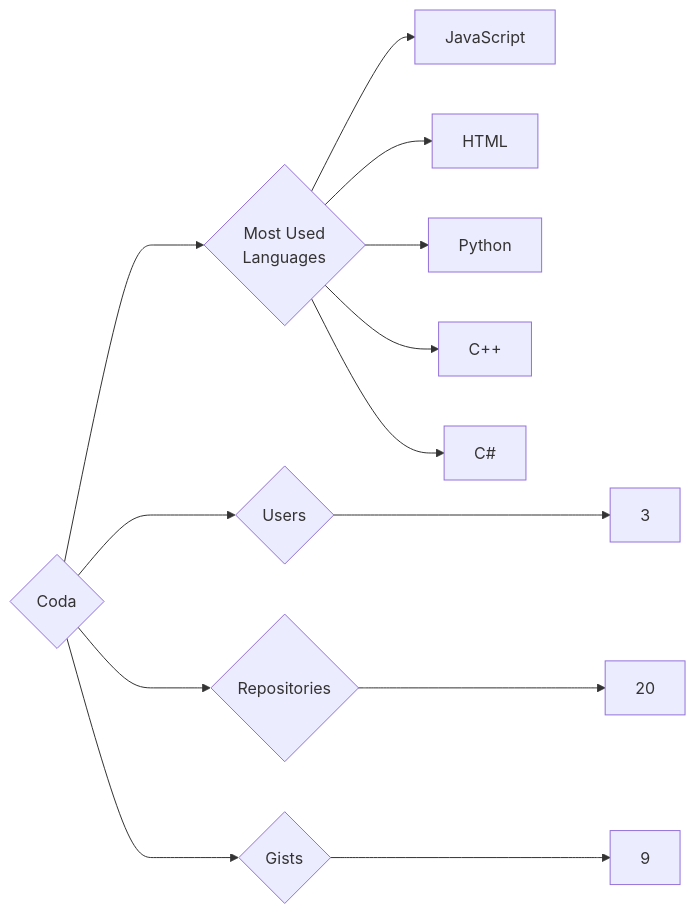
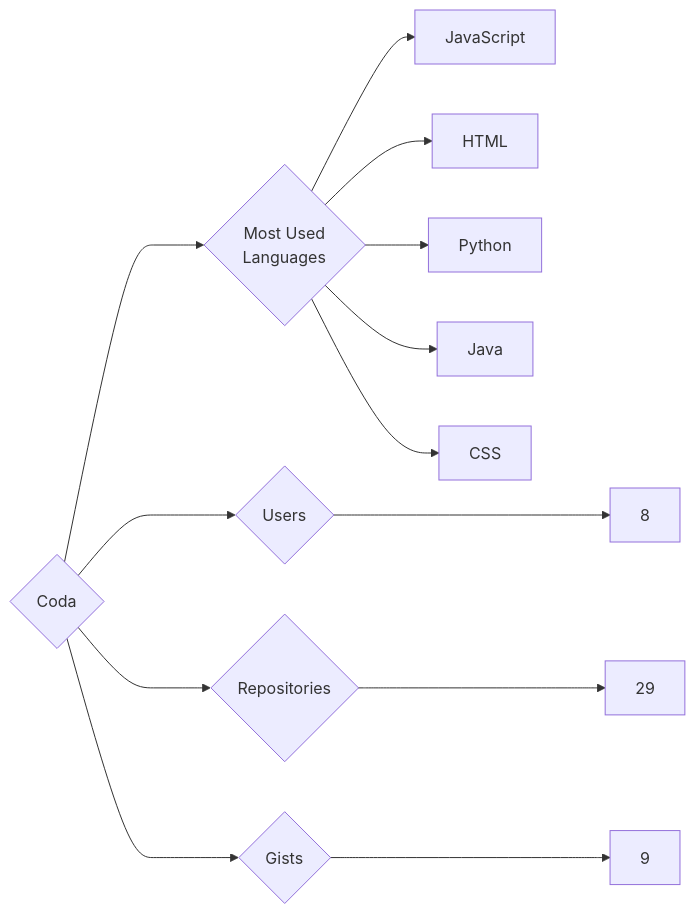
The diagram in targets/Coda/README.md (trickest/insiders), drawn with Mermaid before and after one commit. The commit also changed 873 other files, not shown here.

````diff
--- a/targets/Coda/README.md
+++ b/targets/Coda/README.md
@@ -3,13 +3,13 @@
 ```mermaid
 graph LR
 COMPANY_NAME{Coda}
-COMPANY_NAME ---> U{Users} ---> UN[3]
-COMPANY_NAME ---> R{Repositories} ---> RN[20]
+COMPANY_NAME ---> U{Users} ---> UN[8]
+COMPANY_NAME ---> R{Repositories} ---> RN[29]
 COMPANY_NAME ---> G{Gists} ---> GN[9]
 COMPANY_NAME ---> ML{Most Used<br>Languages}
 ML --> JavaScript[JavaScript]
 ML --> HTML[HTML]
 ML --> Python[Python]
-ML --> C++[C++]
-ML --> C#[C#]
+ML --> Java[Java]
+ML --> CSS[CSS]
 ```
````
